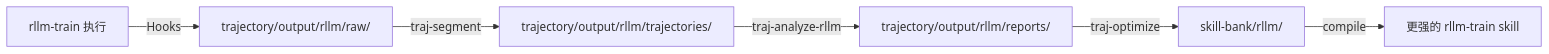
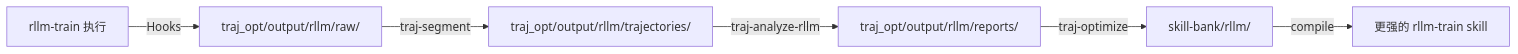
One commit to zhangqin200182/agent-evolution changed the third of 3 diagrams in README.md. Above: the diagram before and after it, drawn with Mermaid. The commit also changed other lines of this file and 247 other files, not shown here.

First line of the commit message:
Rename rllm_trl → rllm_train, trajectory → traj_opt

````diff
--- a/README.md
+++ b/README.md
@@ -123,8 +123,8 @@
 ```mermaid
 flowchart LR
-    RL[rllm-train 执行] -->|Hooks| RAW[trajectory/output/rllm/raw/]
-    RAW -->|traj-segment| TR[trajectory/output/rllm/trajectories/]
-    TR -->|traj-analyze-rllm| REP[trajectory/output/rllm/reports/]
+    RL[rllm-train 执行] -->|Hooks| RAW[traj_opt/output/rllm/raw/]
+    RAW -->|traj-segment| TR[traj_opt/output/rllm/trajectories/]
+    TR -->|traj-analyze-rllm| REP[traj_opt/output/rllm/reports/]
     REP -->|traj-optimize| SB[skill-bank/rllm/]
     SB -->|compile| SK[更强的 rllm-train skill]
 ```
````
